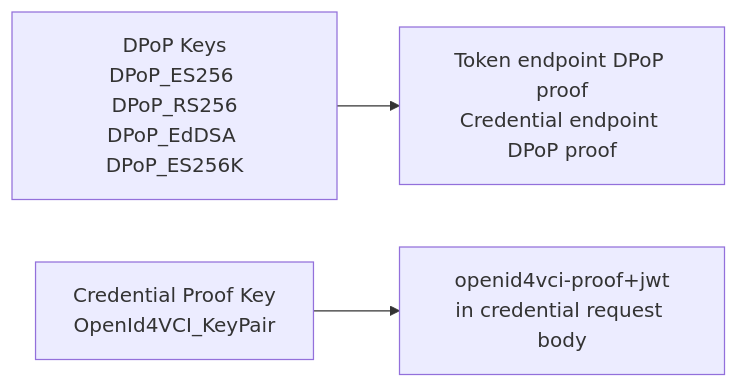
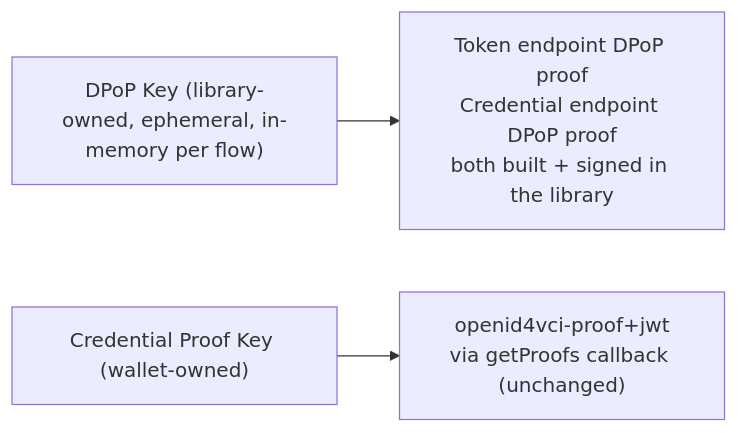
Before and after one commit to inji/inji-wallet: the eighth of 8 diagrams in docs/# ADR: DPoP Sender-Constrained Access To.md, drawn with Mermaid. The commit also changed other lines of this file, not shown here.

First line of the commit message:
docs(dpop): rework ADR — library owns DPoP end-to-end with ephemeral keys

````diff
--- a/docs/# ADR: DPoP Sender-Constrained Access To.md
+++ b/docs/# ADR: DPoP Sender-Constrained Access To.md
@@ -474,5 +401,5 @@
 ```mermaid
 graph LR
-    DPoP["DPoP Keys\nDPoP_ES256 DPoP_RS256\nDPoP_EdDSA DPoP_ES256K"] --> T["Token endpoint DPoP proof\nCredential endpoint DPoP proof"]
-    Proof["Credential Proof Key\nOpenId4VCI_KeyPair"] --> P["openid4vci-proof+jwt\nin credential request body"]
+    DPoP["DPoP Key (library-owned, ephemeral, in-memory per flow)"] --> T["Token endpoint DPoP proof\nCredential endpoint DPoP proof\nboth built + signed in the library"]
+    Proof["Credential Proof Key (wallet-owned)"] --> P["openid4vci-proof+jwt\nvia getProofs callback (unchanged)"]
 ```
````
